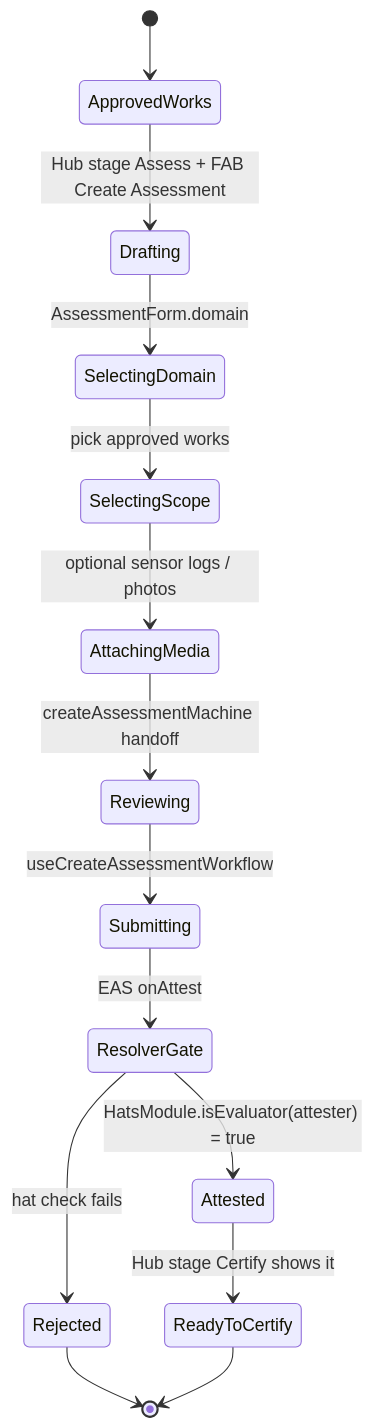
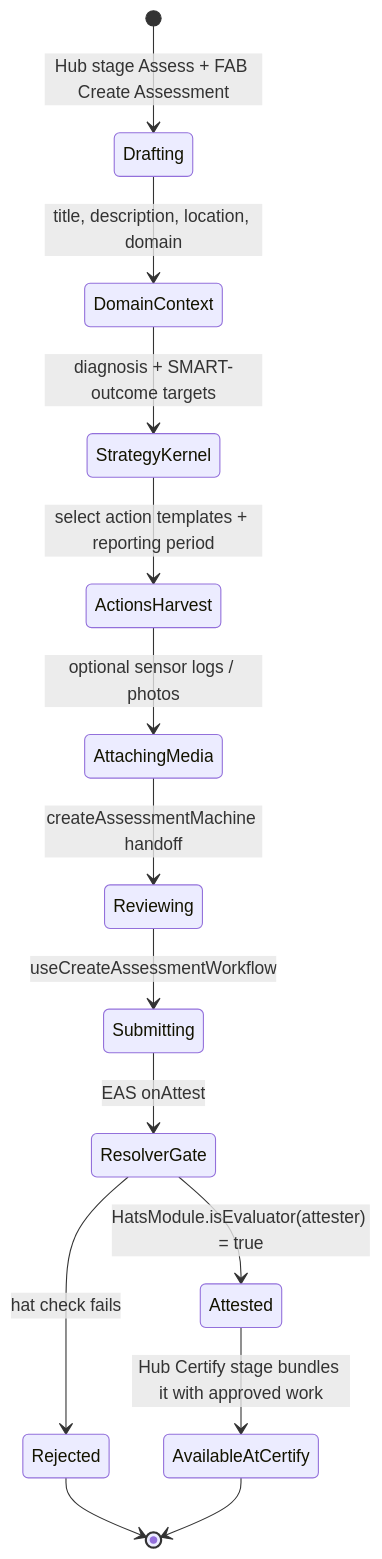
One commit to greenpill-dev-guild/green-goods changed the diagram in docs/docs/builders/journeys/evaluation.mdx. Above: the diagram before and after it, drawn with Mermaid. The commit also changed other lines of this file and 7 other files, not shown here.

````diff
--- a/docs/docs/builders/journeys/evaluation.mdx
+++ b/docs/docs/builders/journeys/evaluation.mdx
@@ -37,16 +37,16 @@
 ```mermaid
 stateDiagram-v2
-    [*] --> ApprovedWorks
-    ApprovedWorks --> Drafting: Hub stage Assess + FAB Create Assessment
-    Drafting --> SelectingDomain: AssessmentForm.domain
-    SelectingDomain --> SelectingScope: pick approved works
-    SelectingScope --> AttachingMedia: optional sensor logs / photos
+    [*] --> Drafting: Hub stage Assess + FAB Create Assessment
+    Drafting --> DomainContext: title, description, location, domain
+    DomainContext --> StrategyKernel: diagnosis + SMART-outcome targets
+    StrategyKernel --> ActionsHarvest: select action templates + reporting period
+    ActionsHarvest --> AttachingMedia: optional sensor logs / photos
     AttachingMedia --> Reviewing: createAssessmentMachine handoff
     Reviewing --> Submitting: useCreateAssessmentWorkflow
     Submitting --> ResolverGate: EAS onAttest
     ResolverGate --> Attested: HatsModule.isEvaluator(attester) = true
     ResolverGate --> Rejected: hat check fails
-    Attested --> ReadyToCertify: Hub stage Certify shows it
+    Attested --> AvailableAtCertify: Hub Certify stage bundles it with approved work
     Rejected --> [*]
-    ReadyToCertify --> [*]
+    AvailableAtCertify --> [*]
 ```
````
